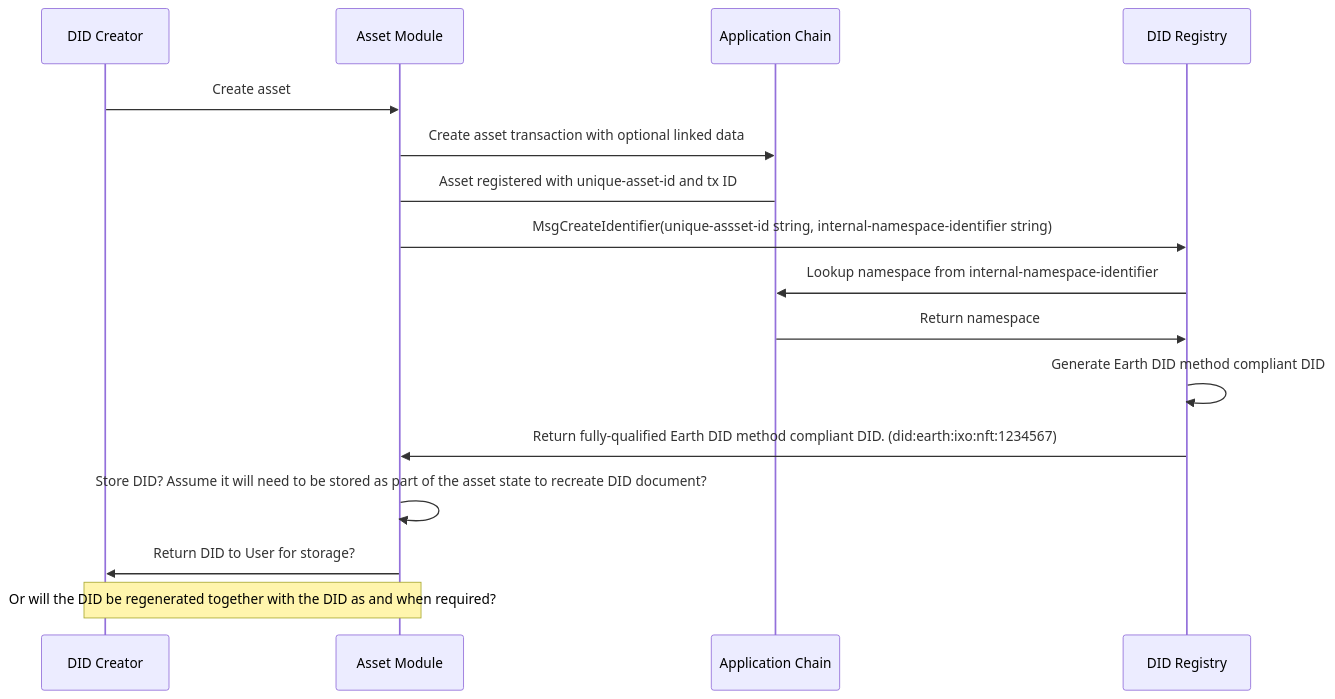
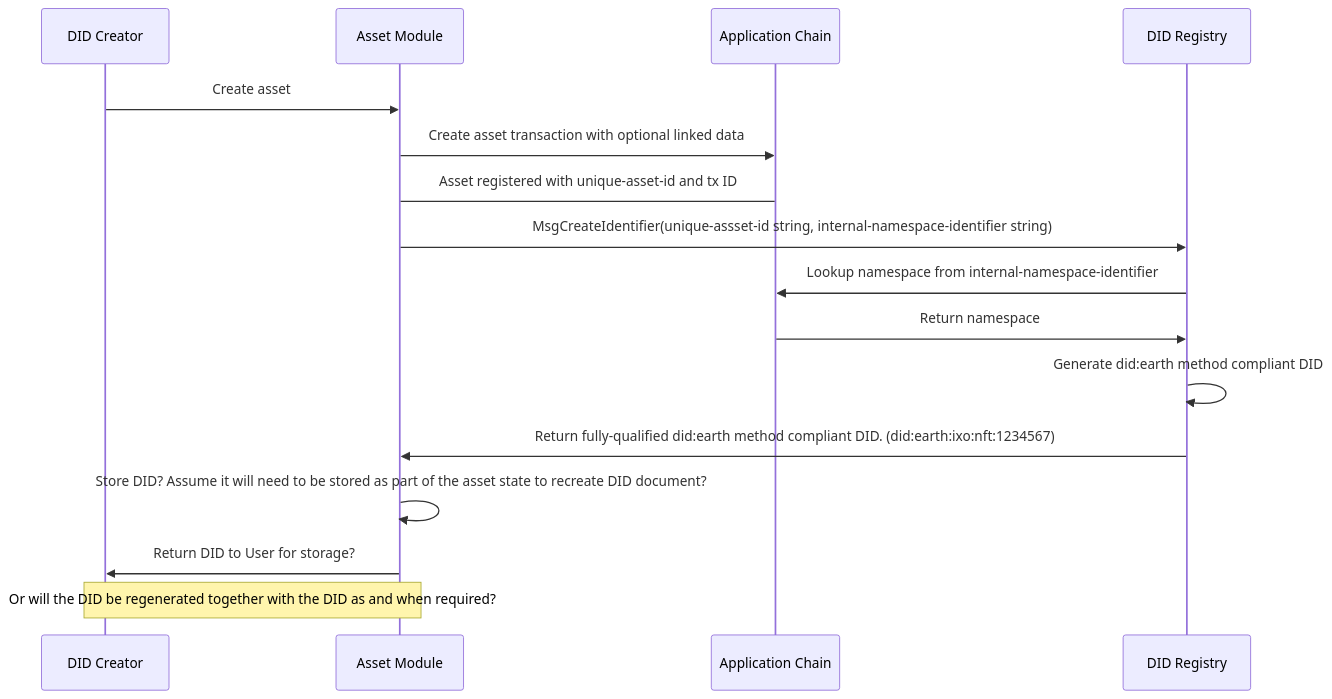
One commit to EarthProgram/did-earth changed the first of 4 diagrams in README.md. Above: the diagram before and after it, drawn with Mermaid. The commit also changed other lines of this file, not shown here.

Commit message:
change to DID Document and did:earth where appropriate throughout

````diff
--- a/README.md
+++ b/README.md
@@ -393,15 +393,15 @@
 ```mermaid
 sequenceDiagram
 DID Creator->>Asset Module: Create asset
 Asset Module->>Application Chain: Create asset transaction with optional linked data
 Application Chain->Asset Module: Asset registered with unique-asset-id and tx ID
 Asset Module->>DID Registry: MsgCreateIdentifier(unique-assset-id string, internal-namespace-identifier string)
 DID Registry->>Application Chain: Lookup namespace from internal-namespace-identifier
 Application Chain->>DID Registry: Return namespace
-DID Registry->>DID Registry: Generate Earth DID method compliant DID
-DID Registry->>Asset Module: Return fully-qualified Earth DID method compliant DID. (did:earth:ixo:nft:1234567)
+DID Registry->>DID Registry: Generate did:earth method compliant DID
+DID Registry->>Asset Module: Return fully-qualified did:earth method compliant DID. (did:earth:ixo:nft:1234567)
 Asset Module->>Asset Module: Store DID? Assume it will need to be stored as part of the asset state to recreate DID document?
 Asset Module->>DID Creator: Return DID to User for storage?
 
 Note over DID Creator, Asset Module: Or will the DID be regenerated together with the DID as and when required?
 ```
````
